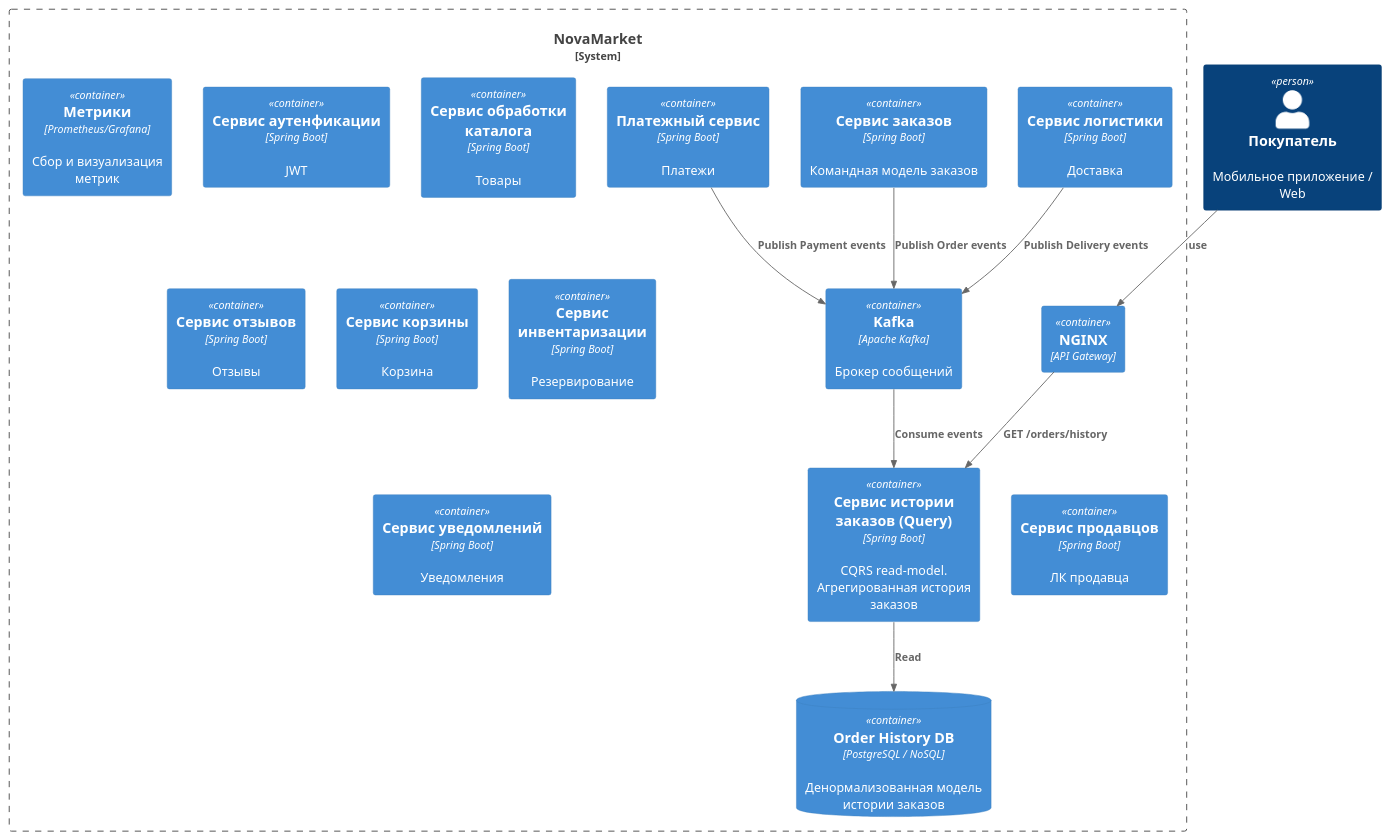
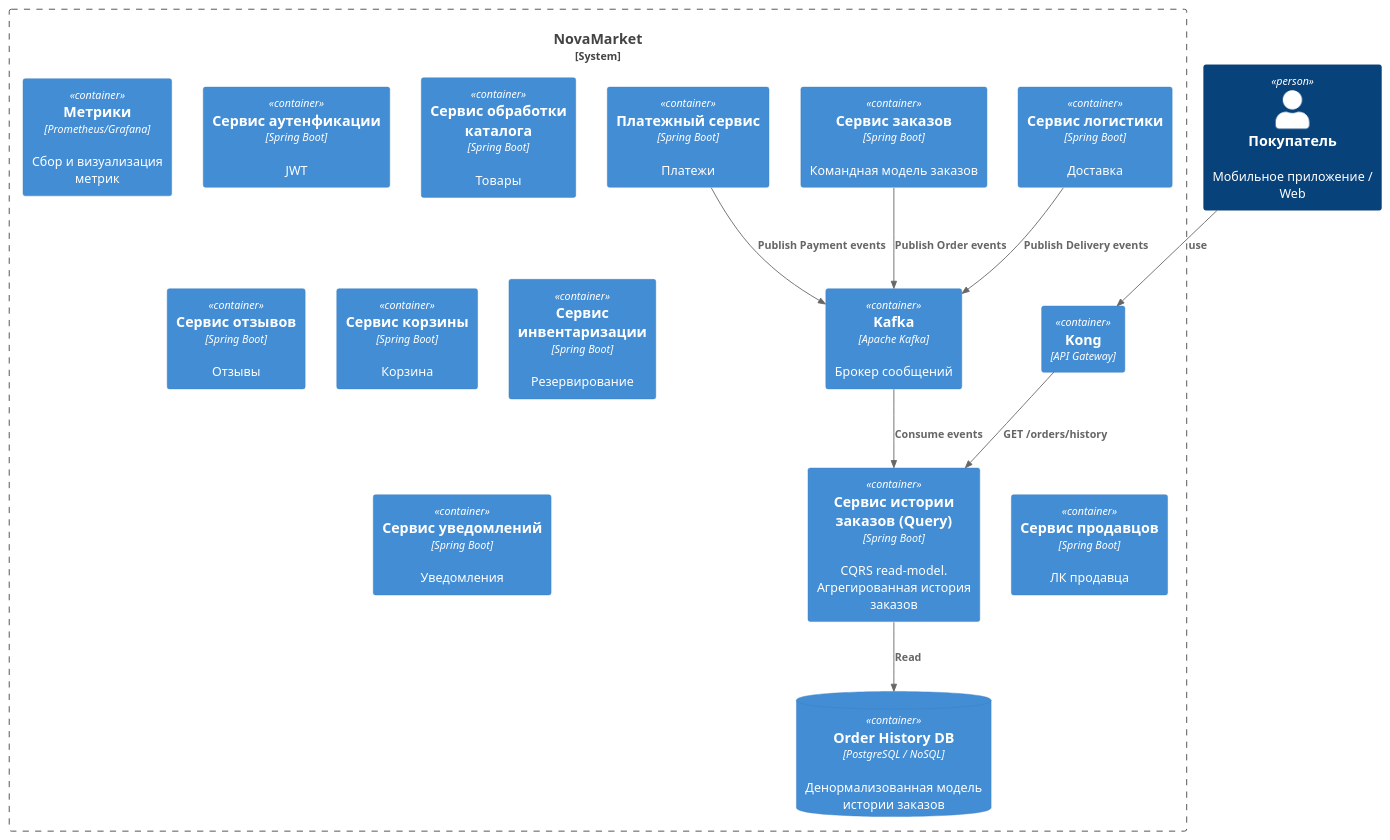
The diagram in task2/diagram_v2.puml (rof1ll/MSA-3-NovaMarket), drawn with PlantUML before and after one commit. The commit also changed 12 other files, not shown here.

```diff
--- a/task2/diagram_v2.puml
+++ b/task2/diagram_v2.puml
@@ -1,42 +1,42 @@
 @startuml
 !include https://raw.githubusercontent.com/plantuml-stdlib/C4-PlantUML/master/C4_Container.puml
 
 Person(покупатель, "Покупатель", "Мобильное приложение / Web")
 
 System_Boundary(novamarket, "NovaMarket") {
 
-    Container(nginx, "NGINX", "API Gateway")
+    Container(nginx, "Kong", "API Gateway")
 
     Container(metrics, "Метрики", "Prometheus/Grafana", "Сбор и визуализация метрик")
 
     Container(auth, "Сервис аутенфикации", "Spring Boot", "JWT")
     Container(catalog, "Сервис обработки каталога", "Spring Boot", "Товары")
     Container(review, "Сервис отзывов", "Spring Boot", "Отзывы")
     Container(cart, "Сервис корзины", "Spring Boot", "Корзина")
     Container(order, "Сервис заказов", "Spring Boot", "Командная модель заказов")
 
     Container(invent, "Сервис инвентаризации", "Spring Boot", "Резервирование")
     Container(payment, "Платежный сервис", "Spring Boot", "Платежи")
     Container(delivery, "Сервис логистики", "Spring Boot", "Доставка")
     Container(notification, "Сервис уведомлений", "Spring Boot", "Уведомления")
     Container(seller_service, "Сервис продавцов", "Spring Boot", "ЛК продавца")
 
     Container(order_history, "Сервис истории заказов (Query)", "Spring Boot", "CQRS read-model. Агрегированная история заказов")
 
     ContainerDb(order_history_db, "Order History DB", "PostgreSQL / NoSQL", "Денормализованная модель истории заказов")
 
     Container(kafka, "Kafka", "Apache Kafka", "Брокер сообщений")
 }
 
 Rel(покупатель, nginx, "use")
 
 Rel(nginx, order_history, "GET /orders/history")
 Rel(order_history, order_history_db, "Read")
 
 Rel(order, kafka, "Publish Order events")
 Rel(payment, kafka, "Publish Payment events")
 Rel(delivery, kafka, "Publish Delivery events")
 
 Rel(kafka, order_history, "Consume events")
 
 @enduml
```
